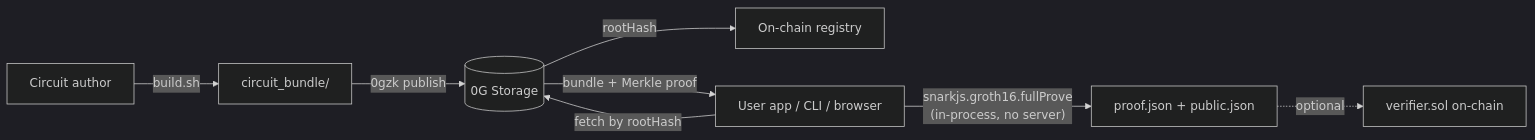
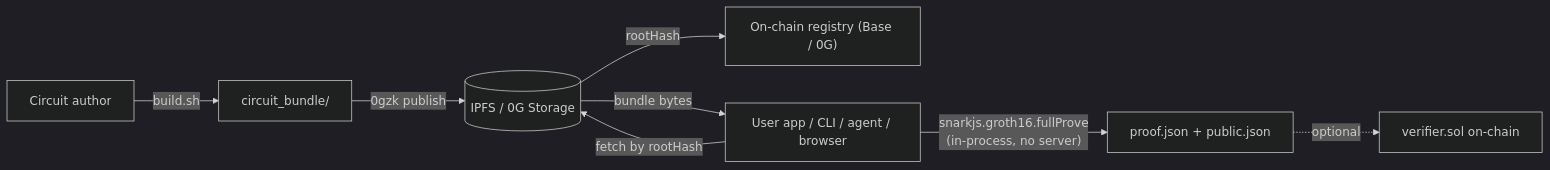
Before and after one commit to oynozan/0gzk: the diagram in README.md, drawn with Mermaid (dark theme). The commit also changed other lines of this file and 19 other files, not shown here.

First line of the commit message:
docs: agent runs the job; Base is the default network

````diff
--- a/README.md
+++ b/README.md
@@ -13,10 +15,10 @@
 ```mermaid
 flowchart LR
   Author[Circuit author] -->|"build.sh"| Bundle["circuit_bundle/"]
-  Bundle -->|"0gzk publish"| OG[("0G Storage")]
-  OG -->|"rootHash"| Registry[On-chain registry]
-  User[User app / CLI / browser] -->|"fetch by rootHash"| OG
-  OG -->|"bundle + Merkle proof"| User
+  Bundle -->|"0gzk publish"| OG[("IPFS / 0G Storage")]
+  OG -->|"rootHash"| Registry["On-chain registry (Base / 0G)"]
+  User[User app / CLI / agent / browser] -->|"fetch by rootHash"| OG
+  OG -->|"bundle bytes"| User
   User -->|"snarkjs.groth16.fullProve\n(in-process, no server)"| Proof["proof.json + public.json"]
   Proof -.->|"optional"| Verifier["verifier.sol on-chain"]
 ```
````
